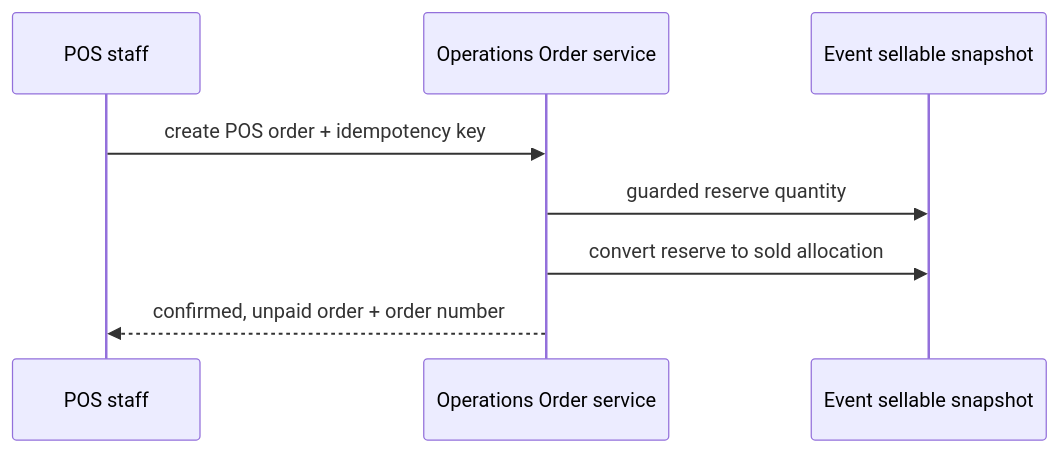
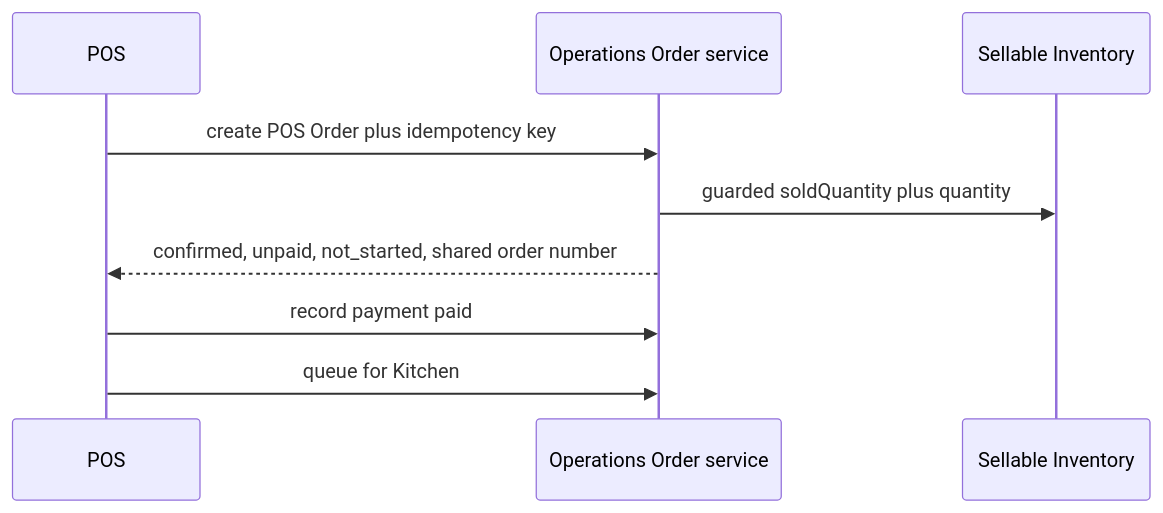
Before and after one commit to lighthousefood0508-wq/island-operations-assistant: the first of 4 diagrams in docs/order/ORDER_SEQUENCE_DIAGRAMS.md, drawn with Mermaid. The commit also changed other lines of this file and 20 other files, not shown here.

````diff
--- a/docs/order/ORDER_SEQUENCE_DIAGRAMS.md
+++ b/docs/order/ORDER_SEQUENCE_DIAGRAMS.md
@@ -5,10 +5,11 @@
 ```mermaid
 sequenceDiagram
-  participant Staff as POS staff
-  participant API as Operations Order service
-  participant Event as Event sellable snapshot
-  Staff->>API: create POS order + idempotency key
-  API->>Event: guarded reserve quantity
-  API->>Event: convert reserve to sold allocation
-  API-->>Staff: confirmed, unpaid order + order number
+  participant POS
+  participant Order as Operations Order service
+  participant Event as Sellable Inventory
+  POS->>Order: create POS Order plus idempotency key
+  Order->>Event: guarded soldQuantity plus quantity
+  Order-->>POS: confirmed, unpaid, not_started, shared order number
+  POS->>Order: record payment paid
+  POS->>Order: queue for Kitchen
 ```
````
